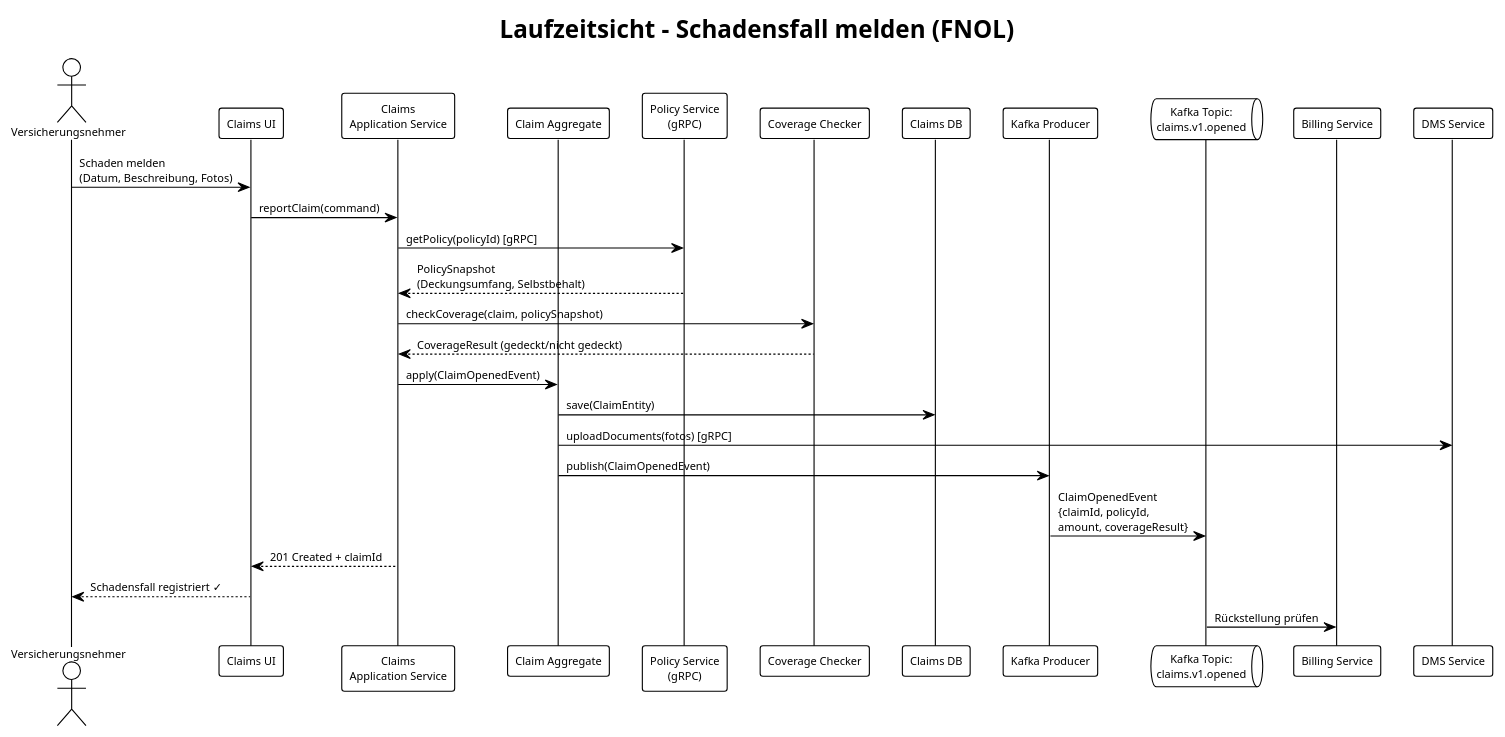
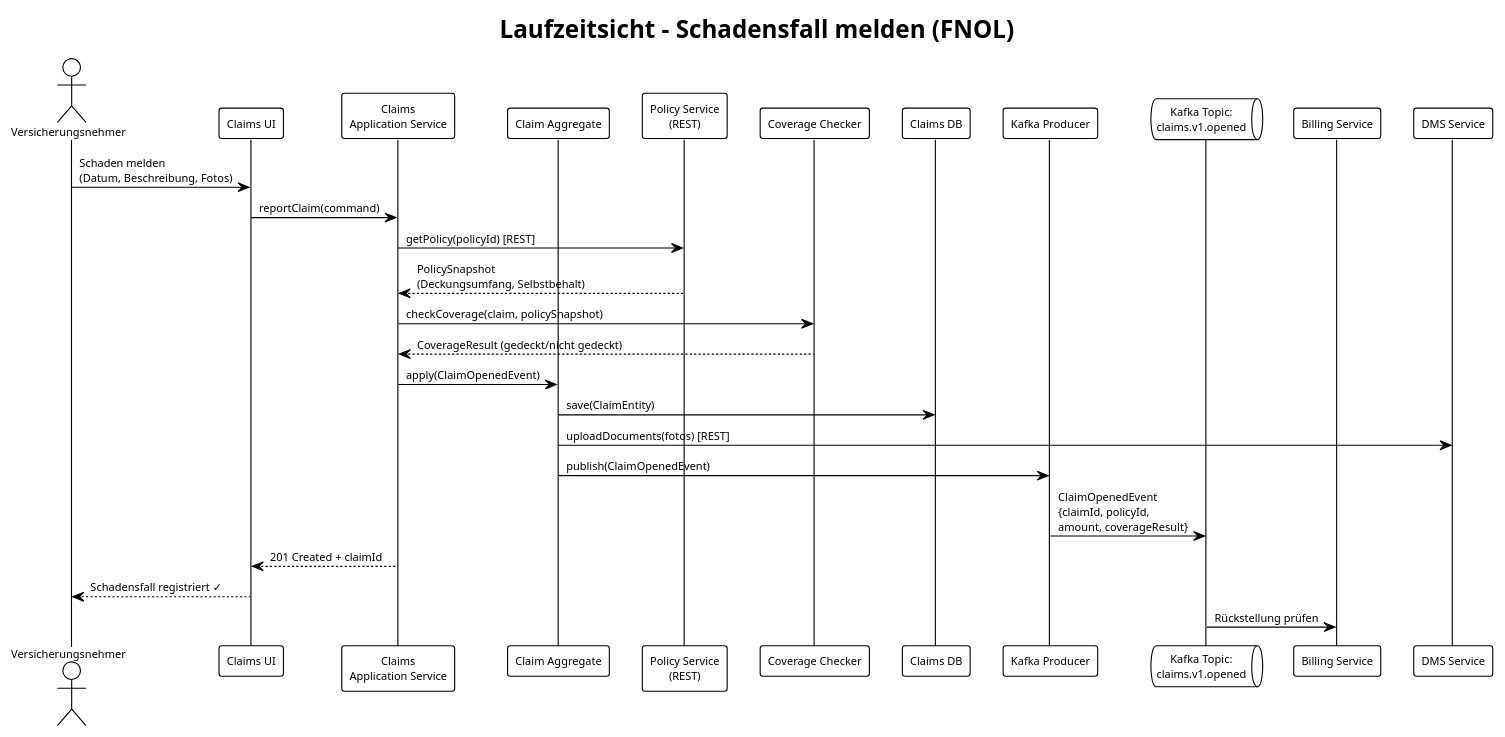
Before and after one commit to LukasW/datamesh: the ninth of 13 diagrams in specs/arc42.md, drawn with PlantUML. The commit also changed other lines of this file and 77 other files, not shown here.

````diff
--- a/specs/arc42.md
+++ b/specs/arc42.md
@@ -475,37 +536,37 @@
 ```plantuml
 @startuml runtime-fnol
 !theme plain
 skinparam defaultFontSize 10
 
 title Laufzeitsicht – Schadensfall melden (FNOL)
 
 actor "Versicherungsnehmer" as VN
 participant "Claims UI" as UI
 participant "Claims\nApplication Service" as APP
 participant "Claim Aggregate" as AGG
-participant "Policy Service\n(gRPC)" as POLSVC
+participant "Policy Service\n(REST)" as POLSVC
 participant "Coverage Checker" as COV
 participant "Claims DB" as DB
 participant "Kafka Producer" as KPROD
 queue "Kafka Topic:\nclaims.v1.opened" as TOPIC
 participant "Billing Service" as BIL
 participant "DMS Service" as DMS
 
 VN -> UI : Schaden melden\n(Datum, Beschreibung, Fotos)
 UI -> APP : reportClaim(command)
-APP -> POLSVC : getPolicy(policyId) [gRPC]
+APP -> POLSVC : getPolicy(policyId) [REST]
 POLSVC --> APP : PolicySnapshot\n(Deckungsumfang, Selbstbehalt)
 APP -> COV : checkCoverage(claim, policySnapshot)
 COV --> APP : CoverageResult (gedeckt/nicht gedeckt)
 APP -> AGG : apply(ClaimOpenedEvent)
 AGG -> DB : save(ClaimEntity)
-AGG -> DMS : uploadDocuments(fotos) [gRPC]
+AGG -> DMS : uploadDocuments(fotos) [REST]
 AGG -> KPROD : publish(ClaimOpenedEvent)
 KPROD -> TOPIC : ClaimOpenedEvent\n{claimId, policyId,\namount, coverageResult}
 APP --> UI : 201 Created + claimId
 UI --> VN : Schadensfall registriert ✓
 
 TOPIC -> BIL : Rückstellung prüfen
 
 @enduml
 ```
````
